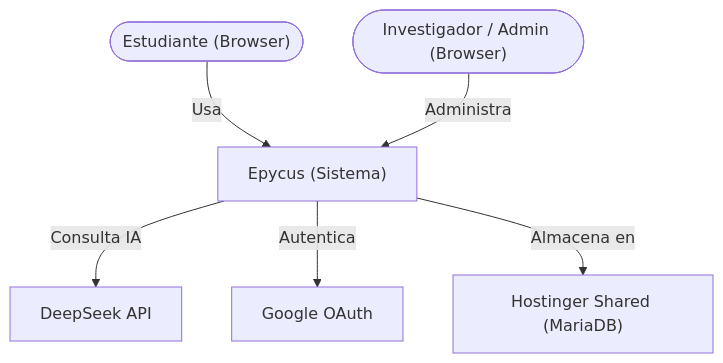
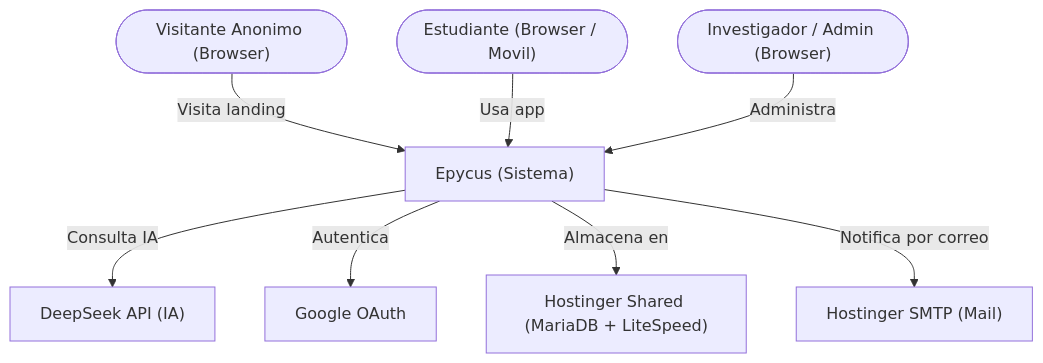
One commit to Chester0802/EpycusApp changed the sixth of 11 diagrams in docs/00-ARQUITECTURA.md. Above: the diagram before and after it, drawn with Mermaid. The commit also changed other lines of this file and 101 other files, not shown here.

````diff
--- a/docs/00-ARQUITECTURA.md
+++ b/docs/00-ARQUITECTURA.md
@@ -735,15 +650,19 @@
 ```mermaid
 flowchart TD
-    Estudiante(["Estudiante (Browser)"])
+    Estudiante(["Estudiante (Browser / Movil)"])
+    Visitante(["Visitante Anonimo (Browser)"])
     Admin(["Investigador / Admin (Browser)"])
     Epycus["Epycus (Sistema)"]
-    DeepSeek["DeepSeek API"]
+    DeepSeek["DeepSeek API (IA)"]
     Google["Google OAuth"]
-    Hostinger["Hostinger Shared (MariaDB)"]
+    Hostinger["Hostinger Shared (MariaDB + LiteSpeed)"]
+    HostingerMail["Hostinger SMTP (Mail)"]
 
-    Estudiante -- Usa --> Epycus
+    Visitante -- Visita landing --> Epycus
+    Estudiante -- Usa app --> Epycus
     Admin -- Administra --> Epycus
     Epycus -- Consulta IA --> DeepSeek
     Epycus -- Autentica --> Google
     Epycus -- Almacena en --> Hostinger
+    Epycus -- Notifica por correo --> HostingerMail
 ```
````
